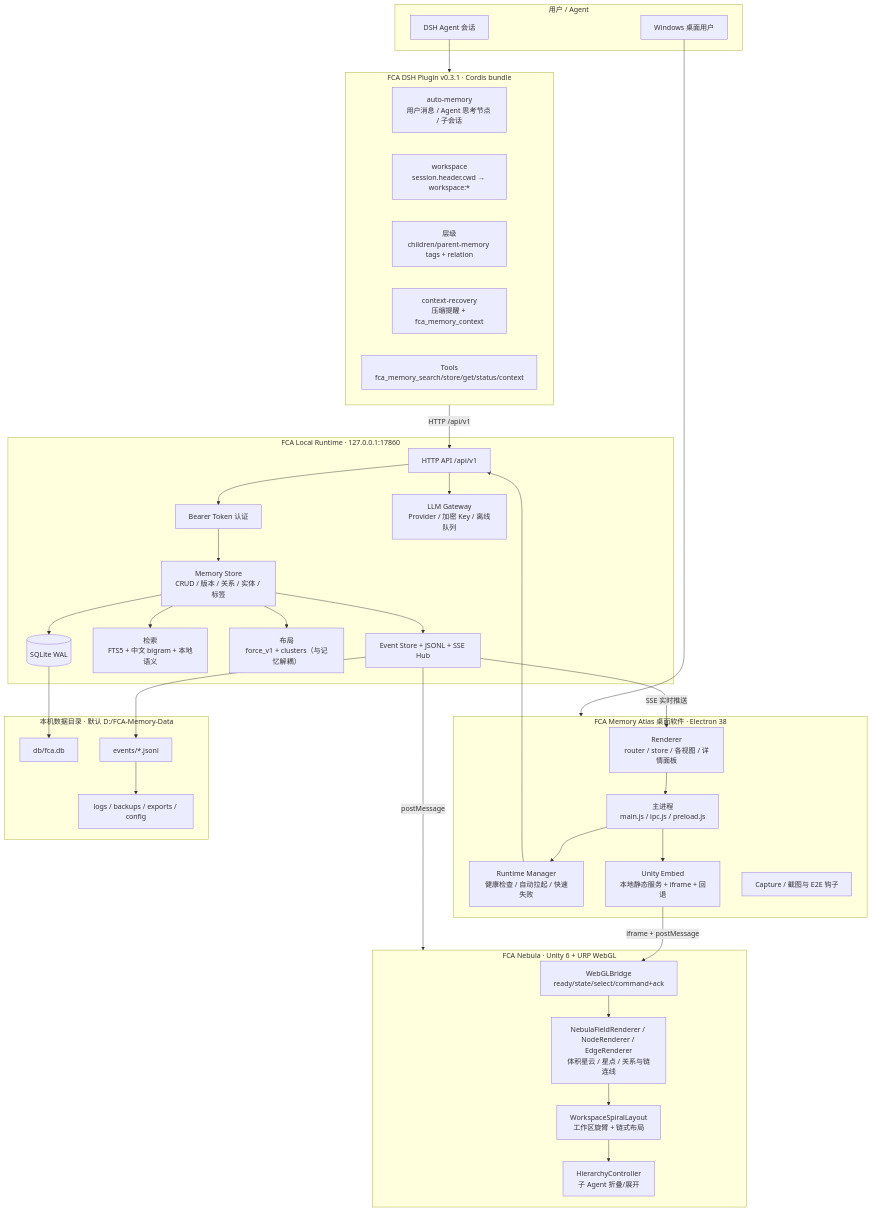
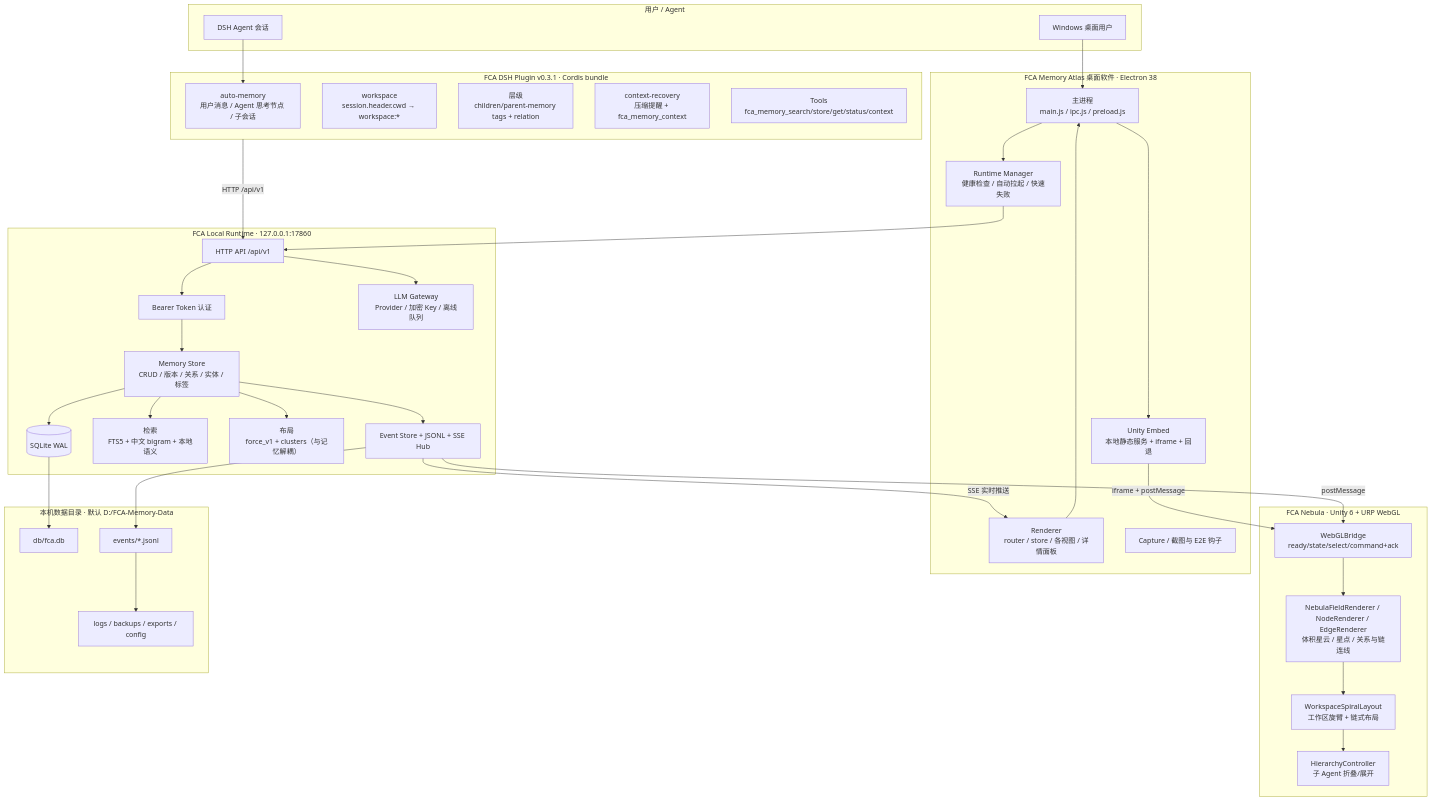
One commit to hutao48/fca-memory-atlas changed the first of 7 diagrams in README.md. Above: the diagram before and after it, drawn with Mermaid.

Commit message:
docs(readme): visual project structure, per-module implementation principles and Mermaid flowcharts

````diff
--- a/README.md
+++ b/README.md
@@ -28,67 +28,67 @@
 ```mermaid
 flowchart TD
   subgraph User["用户 / Agent"]
     U["Windows 桌面用户"]
     A["DSH Agent 会话"]
   end
 
   subgraph Desktop["FCA Memory Atlas 桌面软件 · Electron 38"]
     DM["主进程<br/>main.js / ipc.js / preload.js"]
     RM["Runtime Manager<br/>健康检查 / 自动拉起 / 快速失败"]
     UE["Unity Embed<br/>本地静态服务 + iframe + 回退"]
     RD["Renderer<br/>router / store / 各视图 / 详情面板"]
     CS["Capture / 截图与 E2E 钩子"]
   end
 
   subgraph Nebula["FCA Nebula · Unity 6 + URP WebGL"]
     UB["WebGLBridge<br/>ready/state/select/command+ack"]
     UL["WorkspaceSpiralLayout<br/>工作区旋臂 + 链式布局"]
     UC["HierarchyController<br/>子 Agent 折叠/展开"]
     UR["NebulaFieldRenderer / NodeRenderer / EdgeRenderer<br/>体积星云 / 星点 / 关系与链连线"]
   end
 
   subgraph Runtime["FCA Local Runtime · 127.0.0.1:17860"]
     API["HTTP API /api/v1"]
     AUTH["Bearer Token 认证"]
     MEM["Memory Store<br/>CRUD / 版本 / 关系 / 实体 / 标签"]
     EV["Event Store + JSONL + SSE Hub"]
     SRCH["检索<br/>FTS5 + 中文 bigram + 本地语义"]
     LAY["布局<br/>force_v1 + clusters（与记忆解耦）"]
     LLM["LLM Gateway<br/>Provider / 加密 Key / 离线队列"]
     DB[("SQLite WAL")]
   end
 
   subgraph Plugin["FCA DSH Plugin v0.3.1 · Cordis bundle"]
     PA["auto-memory<br/>用户消息 / Agent 思考节点 / 子会话"]
     PW["workspace<br/>session.header.cwd → workspace:*"]
     PH["层级<br/>children/parent-memory tags + relation"]
     PR["context-recovery<br/>压缩提醒 + fca_memory_context"]
     PT["Tools<br/>fca_memory_search/store/get/status/context"]
   end
 
   subgraph Data["本机数据目录 · 默认 D:/FCA-Memory-Data"]
     D1["db/fca.db"]
     D2["events/*.jsonl"]
     D3["logs / backups / exports / config"]
   end
 
-  U --> Desktop
-  A --> Plugin
+  U --> DM
+  A --> PA
   DM --> RM --> API
   RD --> DM
   DM --> UE
   UE -- "iframe + postMessage" --> UB
   UB --> UR --> UL
   UL --> UC
   Plugin -- "HTTP /api/v1" --> API
   API --> AUTH --> MEM --> DB
   MEM --> EV
   EV -- "SSE 实时推送" --> RD
-  EV -- "postMessage" --> Nebula
+  EV -- "postMessage" --> UB
   MEM --> SRCH
   MEM --> LAY
   API --> LLM
   DB --> D1
   EV --> D2
   D2 --> D3
 ```
````
